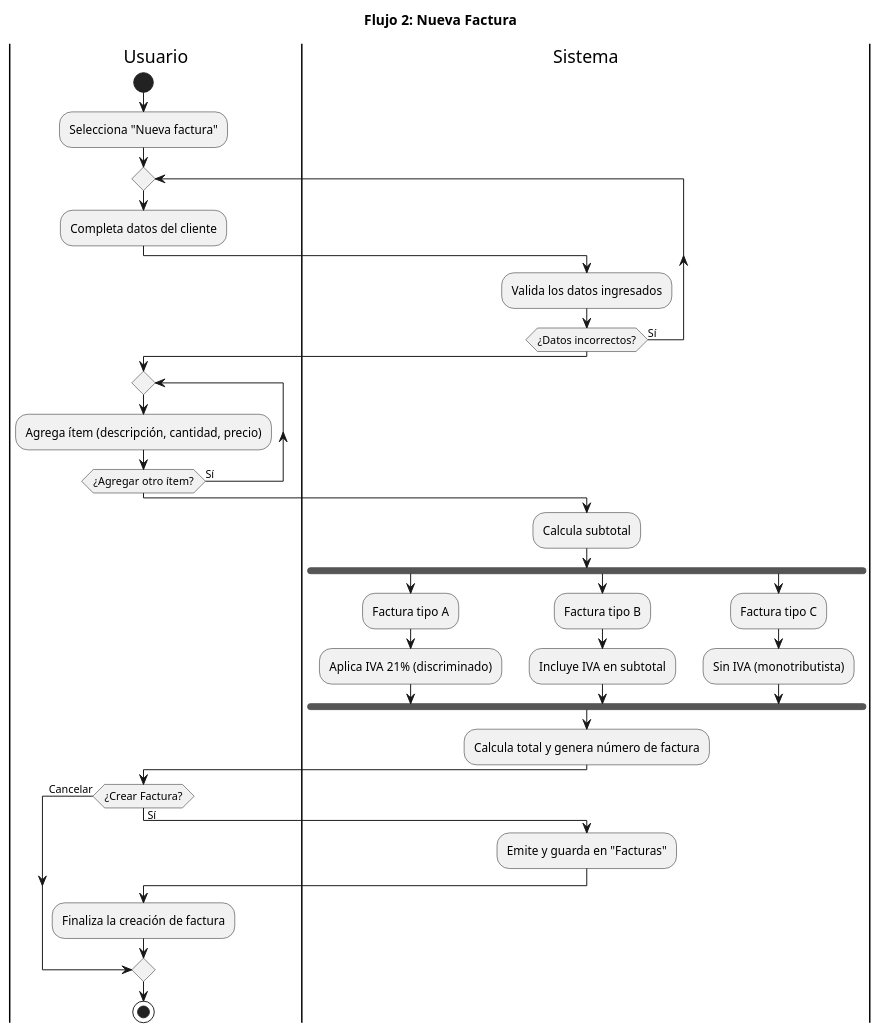
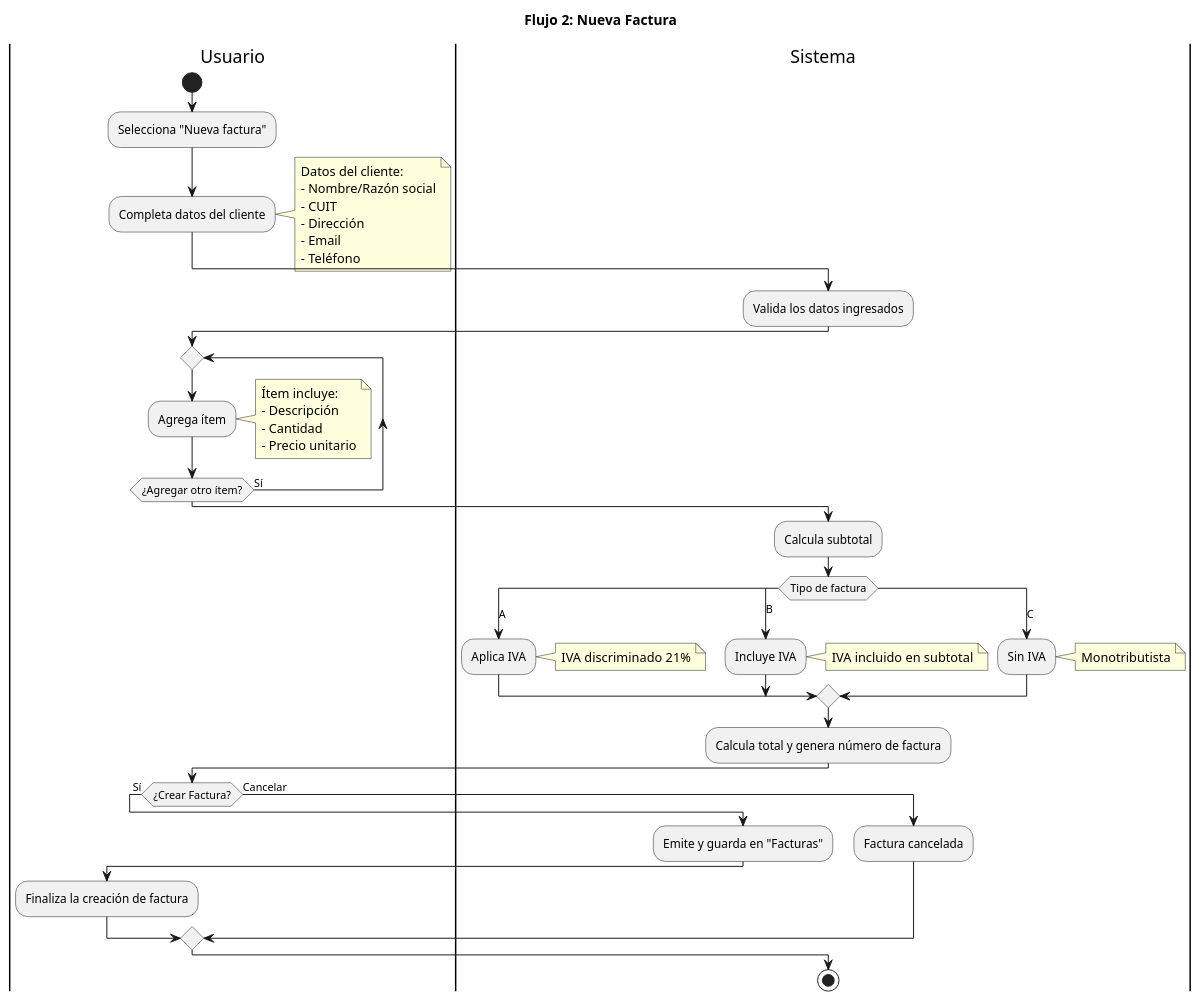
One commit to ramiromarcosmorales/emiti-web changed the diagram in docs/04-diagramas/01-diagramas-de-actividades/actividad-flujo-2-nueva-factura.puml. Above: the diagram before and after it, drawn with PlantUML. The commit also changed other lines of this file and 8 other files, not shown here.

Commit message:
Correcciones diagramas tercera entrega

```diff
--- a/docs/04-diagramas/01-diagramas-de-actividades/actividad-flujo-2-nueva-factura.puml
+++ b/docs/04-diagramas/01-diagramas-de-actividades/actividad-flujo-2-nueva-factura.puml
@@ -1,46 +1,67 @@
 @startuml name Nueva Factura
 title Flujo 2: Nueva Factura
 
 |Usuario|
 start
 :Selecciona "Nueva factura";
+:Completa datos del cliente;
 
-repeat
-  :Completa datos del cliente;
-  |Sistema|
-  :Valida los datos ingresados;
-repeat while (¿Datos incorrectos?) is (Sí)
+note right
+Datos del cliente:
+- Nombre/Razón social
+- CUIT
+- Dirección
+- Email
+- Teléfono
+end note
 
+|Sistema|
+:Valida los datos ingresados;
 
 |Usuario|
 repeat
-  :Agrega ítem (descripción, cantidad, precio);
+  :Agrega ítem;
+  note right
+  Ítem incluye:
+  - Descripción
+  - Cantidad
+  - Precio unitario
+  end note
 repeat while (¿Agregar otro ítem?) is (Sí)
 
 |Sistema|
 :Calcula subtotal;
 
-fork
-  :Factura tipo A;
-  :Aplica IVA 21% (discriminado);
-fork again
-  :Factura tipo B;
-  :Incluye IVA en subtotal;
-fork again
-  :Factura tipo C;
-  :Sin IVA (monotributista);
-end fork
+switch (Tipo de factura)
+case (A)
+  :Aplica IVA;
+  note right
+  IVA discriminado 21%
+  end note
+case (B)
+  :Incluye IVA;
+  note right
+  IVA incluido en subtotal
+  end note
+case (C)
+  :Sin IVA;
+  note right
+  Monotributista
+  end note
+endswitch
 
 :Calcula total y genera número de factura;
 
 |Usuario|
 if (¿Crear Factura?) then (Sí)
   |Sistema|
   :Emite y guarda en "Facturas";
   |Usuario|
   :Finaliza la creación de factura;
 else (Cancelar)
+  |Sistema|
+  :Factura cancelada;
 endif
 
 stop
 @enduml
```
